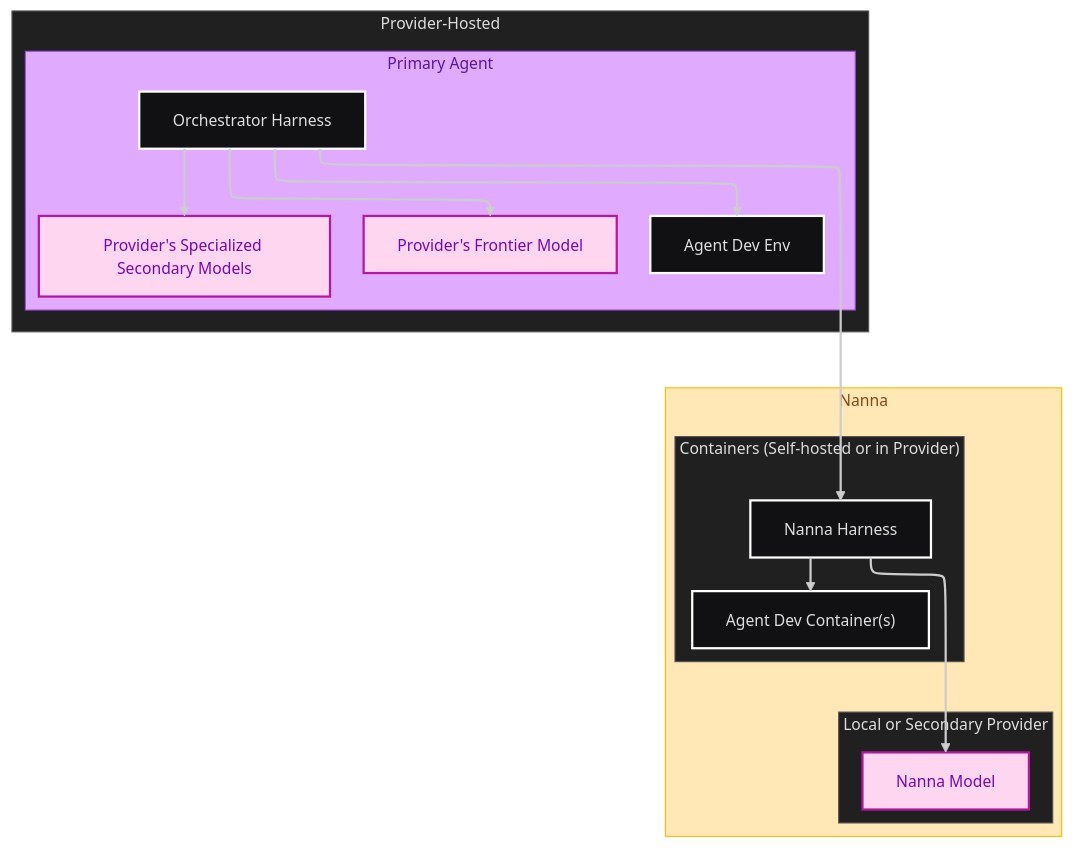
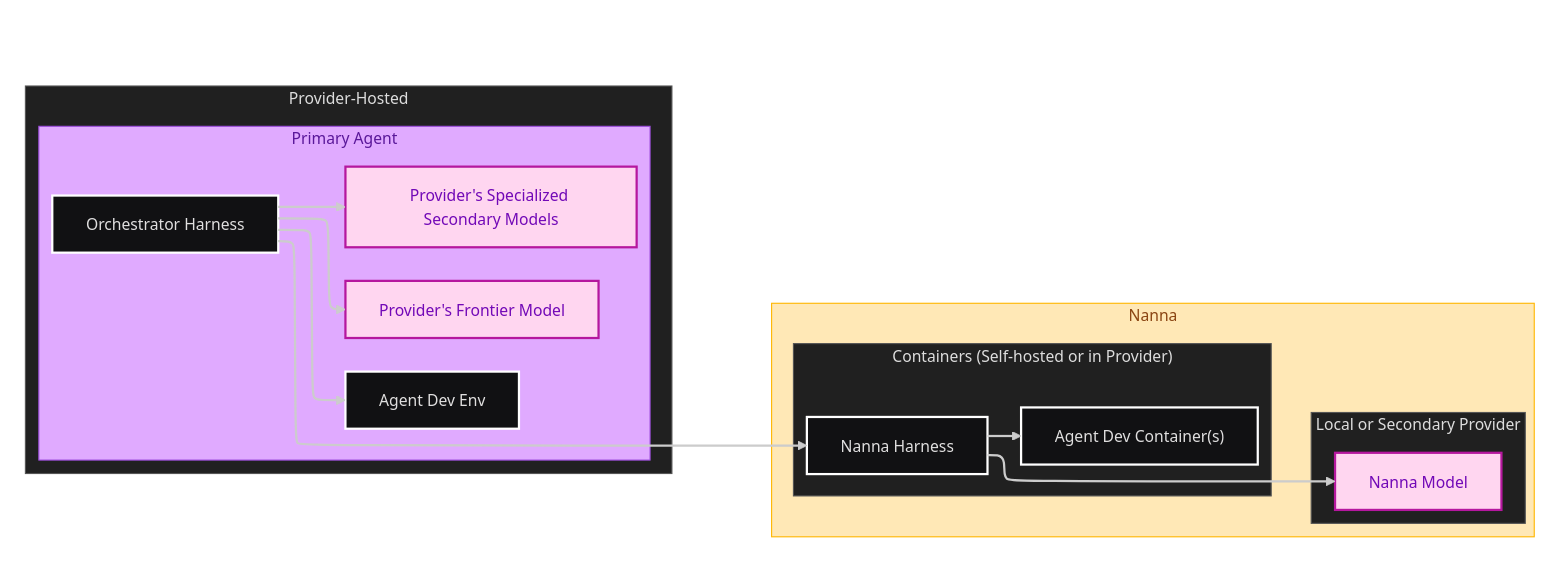
Before and after one commit to DominicBurkart/nanna-coder: the first of 3 diagrams in ARCHITECTURE.md, drawn with Mermaid.

Commit message:
use invisible wrapper subgraphs to force provider-left nanna-right layout
Wrap ProviderHosted in leftCol and Nanna in rightCol (both styled invisible)
so the LR layout engine places them in the correct left-right order.

https://claude.ai/code/session_011wZpuaQGCues6apwVW7cRA

````diff
--- a/ARCHITECTURE.md
+++ b/ARCHITECTURE.md
@@ -7,50 +7,56 @@
 ```mermaid
 ---
 config:
   theme: redux-dark
   layout: elk
 ---
-flowchart TD
-    %% Provider side
-    subgraph ProviderHosted["Provider-Hosted"]
-        subgraph ProviderAgent["Primary Agent"]
-            OrchestratorHarness["Orchestrator Harness"]
-            OrchestratorModel["Provider's Frontier Model"]
-            OrchestratorSecondaryModel["Provider's Specialized Secondary Models"]
-            OrchestratorHarness --> OrchestratorModel
-            OrchestratorHarness --> OrchestratorSecondaryModel
-            ProviderDevEnv["Agent Dev Env"]
+flowchart LR
+    subgraph leftCol[" "]
+        %% Provider side
+        subgraph ProviderHosted["Provider-Hosted"]
+            subgraph ProviderAgent["Primary Agent"]
+                OrchestratorHarness["Orchestrator Harness"]
+                OrchestratorModel["Provider's Frontier Model"]
+                OrchestratorSecondaryModel["Provider's Specialized Secondary Models"]
+                OrchestratorHarness --> OrchestratorModel
+                OrchestratorHarness --> OrchestratorSecondaryModel
+                ProviderDevEnv["Agent Dev Env"]
+            end
+            OrchestratorHarness --> ProviderDevEnv
         end
-        OrchestratorHarness --> ProviderDevEnv
     end
 
-    %% Nanna side (Self-hosted or in Provider)
-    subgraph Nanna["Nanna"]
-        subgraph NannaDev["Containers (Self-hosted or in Provider)"]
-            NannaHarness["Nanna Harness"]
-            NannaDevEnv["Agent Dev Container(s)"]
-            NannaHarness --> NannaDevEnv
-        end
-        subgraph GatewayHosted["Local or Secondary Provider"]
-            NannaModel["Nanna Model"]
+    subgraph rightCol[" "]
+        %% Nanna side (Self-hosted or in Provider)
+        subgraph Nanna["Nanna"]
+            subgraph NannaDev["Containers (Self-hosted or in Provider)"]
+                NannaHarness["Nanna Harness"]
+                NannaDevEnv["Agent Dev Container(s)"]
+                NannaHarness --> NannaDevEnv
+            end
+            subgraph GatewayHosted["Local or Secondary Provider"]
+                NannaModel["Nanna Model"]
+            end
         end
     end
 
     %% Connections between orchestration layers
     OrchestratorHarness --> NannaHarness
     
     %% Optional external model provider for Nanna
     NannaHarness --> NannaModel
 
     %% Classes
     classDef area fill:#202020,stroke:#555,stroke-width:1px,color:#DDD
     classDef orchestrator stroke:#9D4EDD,fill:#E0AAFF,color:#5A189A
     classDef subagent stroke:#46EDC8,fill:#DEFFF8,color:#378E7A
     classDef nanna stroke:#FFB703,fill:#FFE8B6,color:#8B4513
     classDef model stroke:#B5179E,fill:#FFD6F0,color:#7209B7
+    classDef invisible fill:none,stroke:none,color:none
 
     class ProviderHosted,NannaDev,GatewayHosted area
     class ProviderAgent orchestrator
     class Nanna nanna
     class NannaModel,OrchestratorModel,OrchestratorSecondaryModel model
+    class leftCol,rightCol invisible
 ```
````
